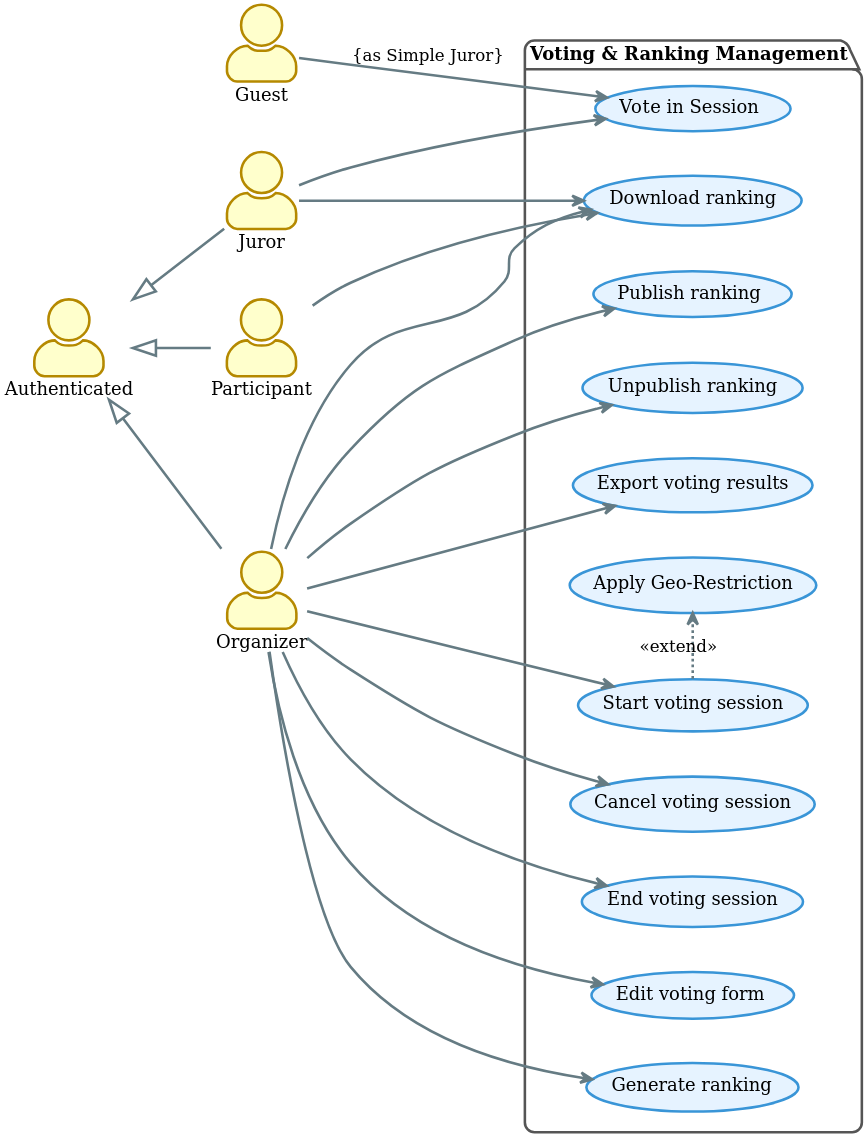
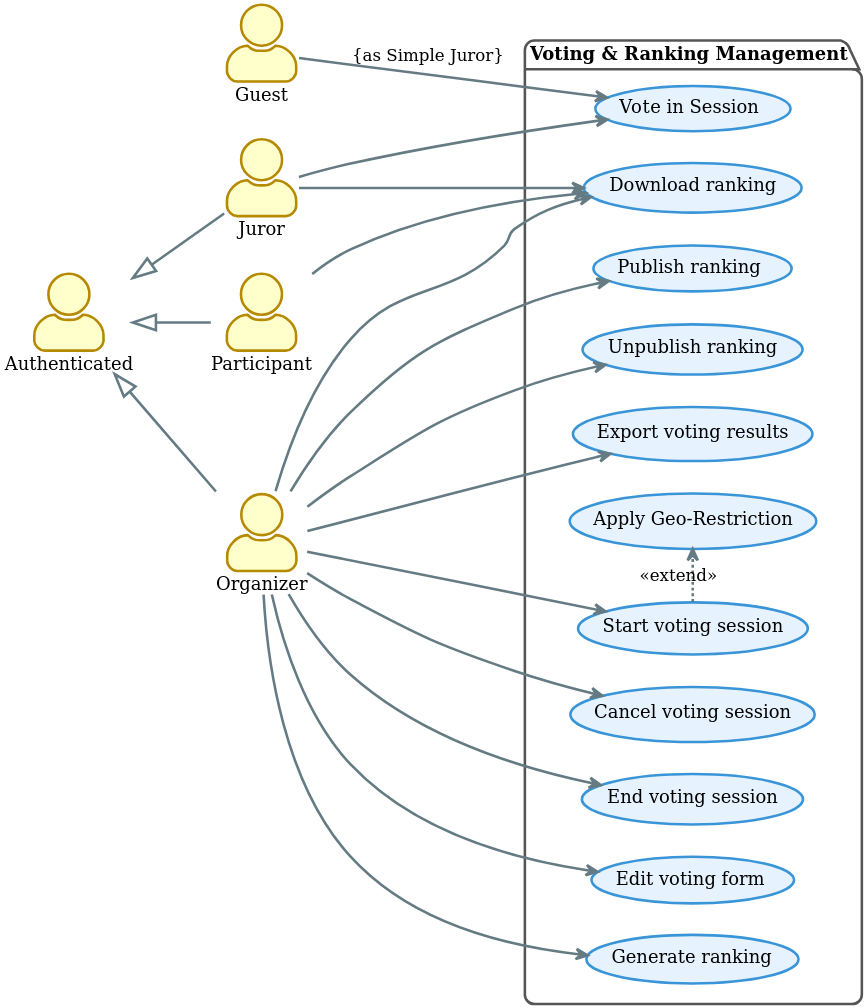
One commit to TMoretta/Swift-Contest changed the diagram in thesis/diagrams/src/use-case-diagram-3.puml. Above: the diagram before and after it, drawn with PlantUML. The commit also changed 69 other files, not shown here.

```diff
--- a/thesis/diagrams/src/use-case-diagram-3.puml
+++ b/thesis/diagrams/src/use-case-diagram-3.puml
@@ -1,83 +1,84 @@
 @startuml
 
 !theme sunlust
+skinparam dpi 300
 left to right direction
-skinparam dpi 300
 skinparam backgroundColor transparent
 skinparam actorStyle awesome
 skinparam shadowing false
+skinparam nodesep 25
 
 skinparam package {
     backgroundColor #FFFFFF
     borderColor #555555
 }
 skinparam usecase {
   backgroundColor #E6F3FF
   borderColor #3995D7
 }
 
 ' =======================================
 ' Attori (Gerarchia Completa)
 ' =======================================
 actor Guest
 actor Authenticated
 actor Juror
 actor Participant
 actor Organizer
 
 Authenticated <|-- Juror
 Authenticated <|-- Organizer
 Authenticated <|-- Participant
 
 ' =======================================
 ' Packages e Casi d'Uso
 ' =======================================
 
 package "Voting & Ranking Management" {
   usecase "Vote in Session" as UC_VoteInSession
 
   usecase "Start voting session" as UC_StartVotingSession
   usecase "Cancel voting session" as UC_CancelVotingSession
   usecase "End voting session" as UC_EndVotingSession
   usecase "Apply Geo-Restriction" as UC_ApplyGeoRestriction
 
   usecase "Edit voting form" as UC_EditJuryForm
 
   usecase "Generate ranking" as UC_GenerateRanking
   usecase "Publish ranking" as UC_PublishRanking
   usecase "Unpublish ranking" as UC_UnpublishRanking
   usecase "Download ranking" as UC_DownloadRanking
 
   usecase "Export voting results" as UC_ExportVotingResults
 }
 
 ' =======================================
 ' Connessioni
 ' =======================================
 
 ' Guest (come Giurato Semplice)
 Guest --> UC_VoteInSession : {as Simple Juror}
 
 ' Juror (sia Nominato che Semplice)
 Juror --> UC_VoteInSession
 Juror --> UC_DownloadRanking
 
 ' Organizer
 Organizer --> UC_EditJuryForm
 Organizer --> UC_StartVotingSession
 Organizer --> UC_CancelVotingSession
 Organizer --> UC_EndVotingSession
 Organizer --> UC_GenerateRanking
 Organizer --> UC_PublishRanking
 Organizer --> UC_UnpublishRanking
 Organizer --> UC_DownloadRanking
 Organizer --> UC_ExportVotingResults
 
 Participant --> UC_DownloadRanking
 
 ' =======================================
 ' Relazioni tra Casi d'Uso
 ' =======================================
 (UC_StartVotingSession) .> (UC_ApplyGeoRestriction) : <<extend>>
 
 @enduml
```
